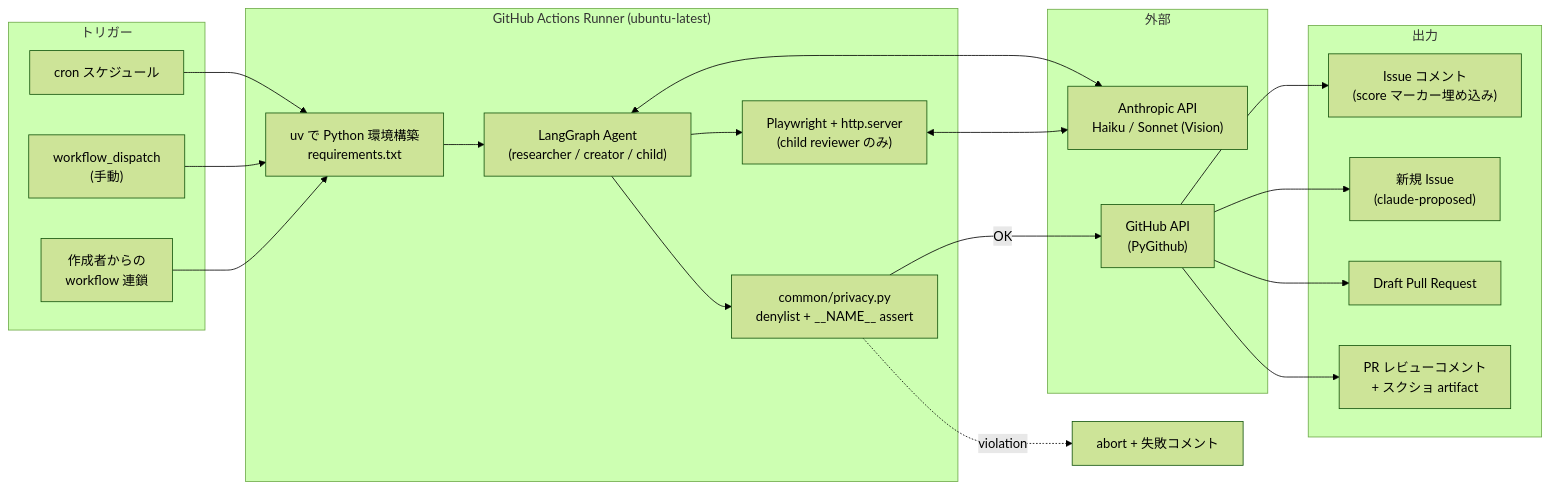
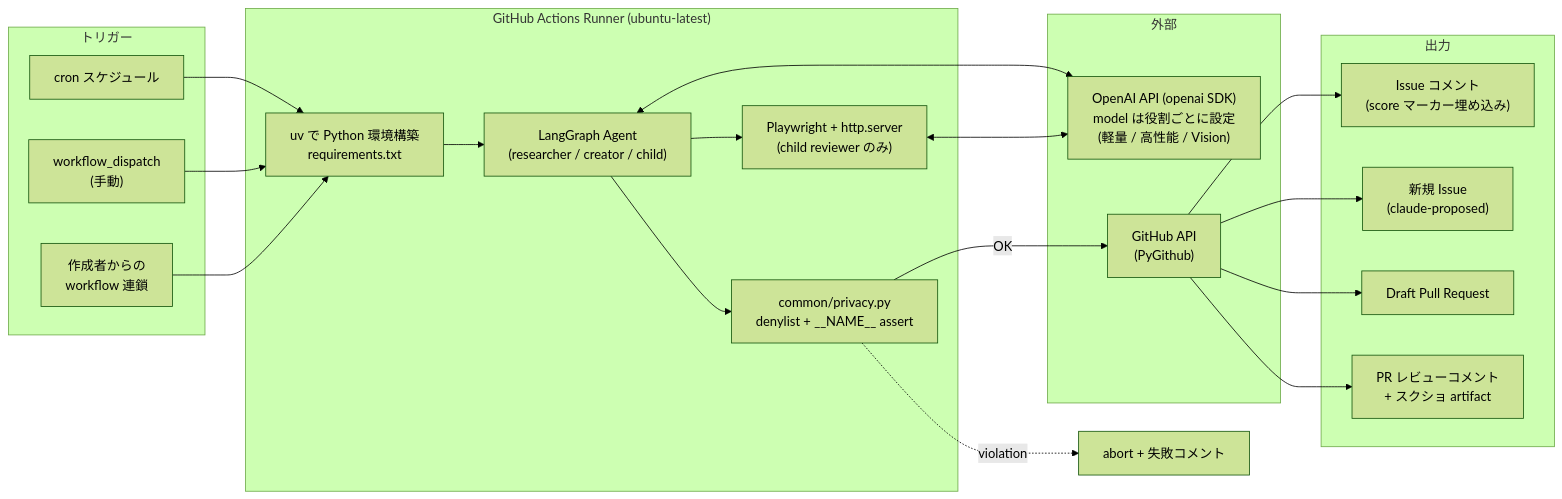
The second of 11 diagrams in docs/automation/agent-pipeline.md (yk0817/baby-ehon), drawn with Mermaid (forest theme) before and after one commit. The commit also changed other lines of this file, not shown here.

````diff
--- a/docs/automation/agent-pipeline.md
+++ b/docs/automation/agent-pipeline.md
@@ -95,42 +112,42 @@
 ```mermaid
 flowchart LR
     subgraph Trigger["トリガー"]
         Cron["cron スケジュール"]
         Dispatch["workflow_dispatch<br>(手動)"]
         PRChain["作成者からの<br>workflow 連鎖"]
     end
 
     subgraph Runner["GitHub Actions Runner (ubuntu-latest)"]
         Setup["uv で Python 環境構築<br>requirements.txt"]
         Agent["LangGraph Agent<br>(researcher / creator / child)"]
         Browser["Playwright + http.server<br>(child reviewer のみ)"]
         Privacy["common/privacy.py<br>denylist + __NAME__ assert"]
     end
 
     subgraph External["外部"]
-        Anthropic["Anthropic API<br>Haiku / Sonnet (Vision)"]
+        Anthropic["OpenAI API (openai SDK)<br>model は役割ごとに設定<br>(軽量 / 高性能 / Vision)"]
         GH["GitHub API<br>(PyGithub)"]
     end
 
     subgraph Output["出力"]
         Comment["Issue コメント<br>(score マーカー埋め込み)"]
         NewIssue["新規 Issue<br>(claude-proposed)"]
         DraftPR["Draft Pull Request"]
         ReviewC["PR レビューコメント<br>+ スクショ artifact"]
     end
 
     Cron --> Setup
     Dispatch --> Setup
     PRChain --> Setup
     Setup --> Agent
     Agent <--> Anthropic
     Agent --> Browser
     Browser <--> Anthropic
     Agent --> Privacy
     Privacy -->|OK| GH
     Privacy -.->|violation| Block["abort + 失敗コメント"]
     GH --> Comment
     GH --> NewIssue
     GH --> DraftPR
     GH --> ReviewC
 ```
````
